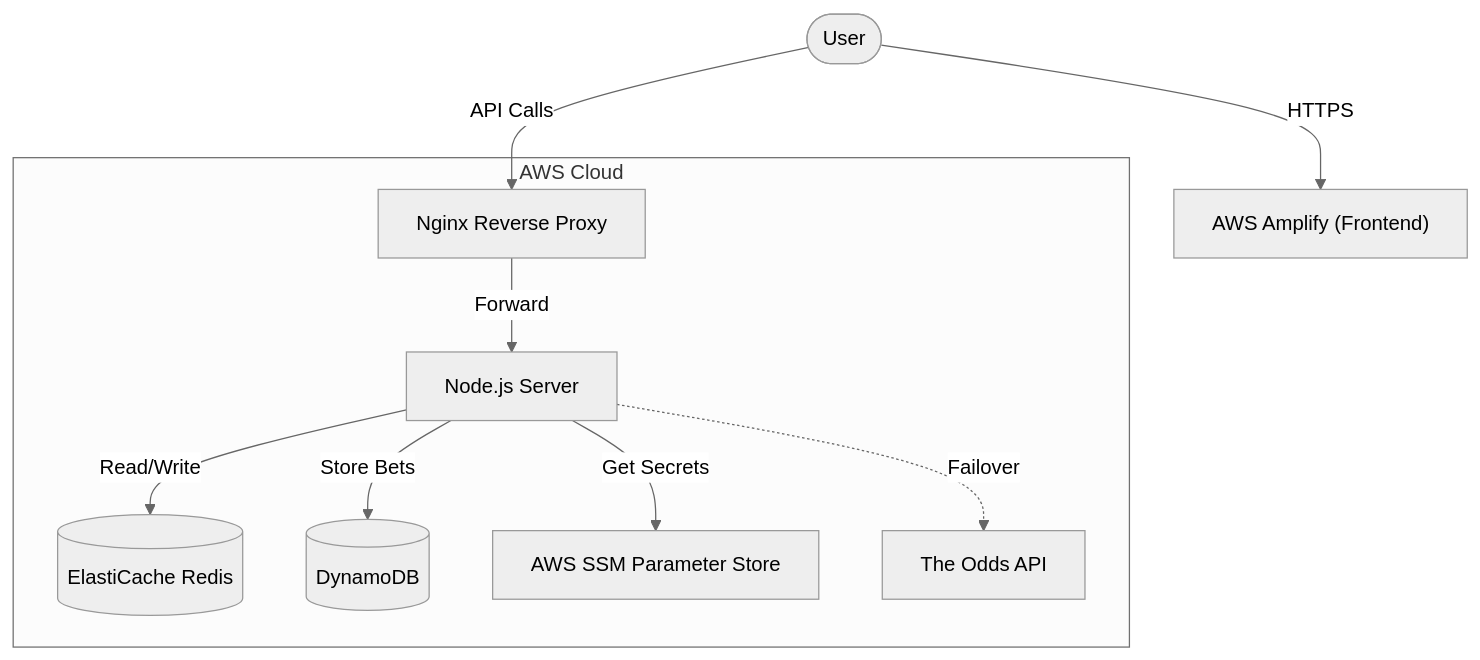
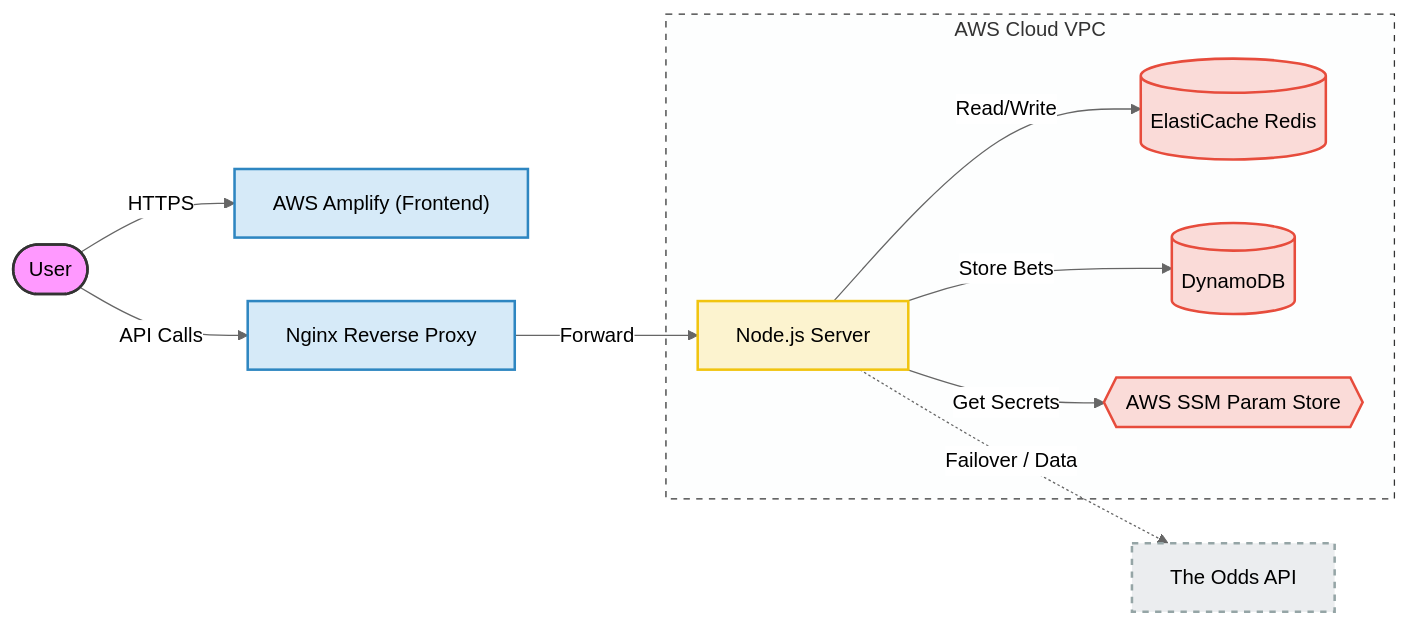
One commit to junogong/SportsArb changed the diagram in README.md. Above: the diagram before and after it, drawn with Mermaid (neutral theme).

````diff
--- a/README.md
+++ b/README.md
@@ -33,15 +33,43 @@
 ```mermaid
-graph TD
-    User([User]) -->|HTTPS| CloudFront["AWS Amplify (Frontend)"]
-    User -->|API Calls| ALB[Nginx Reverse Proxy]
+graph LR
+    %% --- Styling Definitions ---
+    classDef userStyle fill:#f9f,stroke:#333,stroke-width:2px,color:black;
+    classDef entryStyle fill:#d6eaf8,stroke:#2e86c1,stroke-width:2px,color:black;
+    classDef computeStyle fill:#fcf3cf,stroke:#f1c40f,stroke-width:2px,color:black;
+    classDef dataStyle fill:#fadbd8,stroke:#e74c3c,stroke-width:2px,color:black;
+    classDef externalStyle fill:#ebedef,stroke:#95a5a6,stroke-width:2px,stroke-dasharray: 5 5,color:black;
+
+    %% --- Nodes ---
+    User([User]):::userStyle
     
-    subgraph VPC [AWS Cloud]
-        ALB -->|Forward| EC2[Node.js Server]
+    %% Entry Layer
+    CloudFront["AWS Amplify (Frontend)"]:::entryStyle
+    ALB[Nginx Reverse Proxy]:::entryStyle
+    
+    %% External
+    External[The Odds API]:::externalStyle
+
+    %% VPC Subgraph
+    subgraph VPC [AWS Cloud VPC]
+        style VPC fill:#fdfefe,stroke:#333,stroke-width:1px,stroke-dasharray: 5 5
         
-        EC2 -->|Read/Write| Redis[(ElastiCache Redis)]
-        EC2 -->|Store Bets| DDB[(DynamoDB)]
-        EC2 -->|Get Secrets| SSM[AWS SSM Parameter Store]
+        EC2[Node.js Server]:::computeStyle
         
-        EC2 -.->|Failover| External[The Odds API]
+        %% Data & Config
+        Redis[(ElastiCache Redis)]:::dataStyle
+        DDB[(DynamoDB)]:::dataStyle
+        SSM{{AWS SSM Param Store}}:::dataStyle
     end
+
+    %% --- Relationships ---
+    User -->|HTTPS| CloudFront
+    User -->|API Calls| ALB
+    
+    ALB -->|Forward| EC2
+    
+    EC2 -->|Read/Write| Redis
+    EC2 -->|Store Bets| DDB
+    EC2 -->|Get Secrets| SSM
+    
+    EC2 -.->|Failover / Data| External
 ```
````
